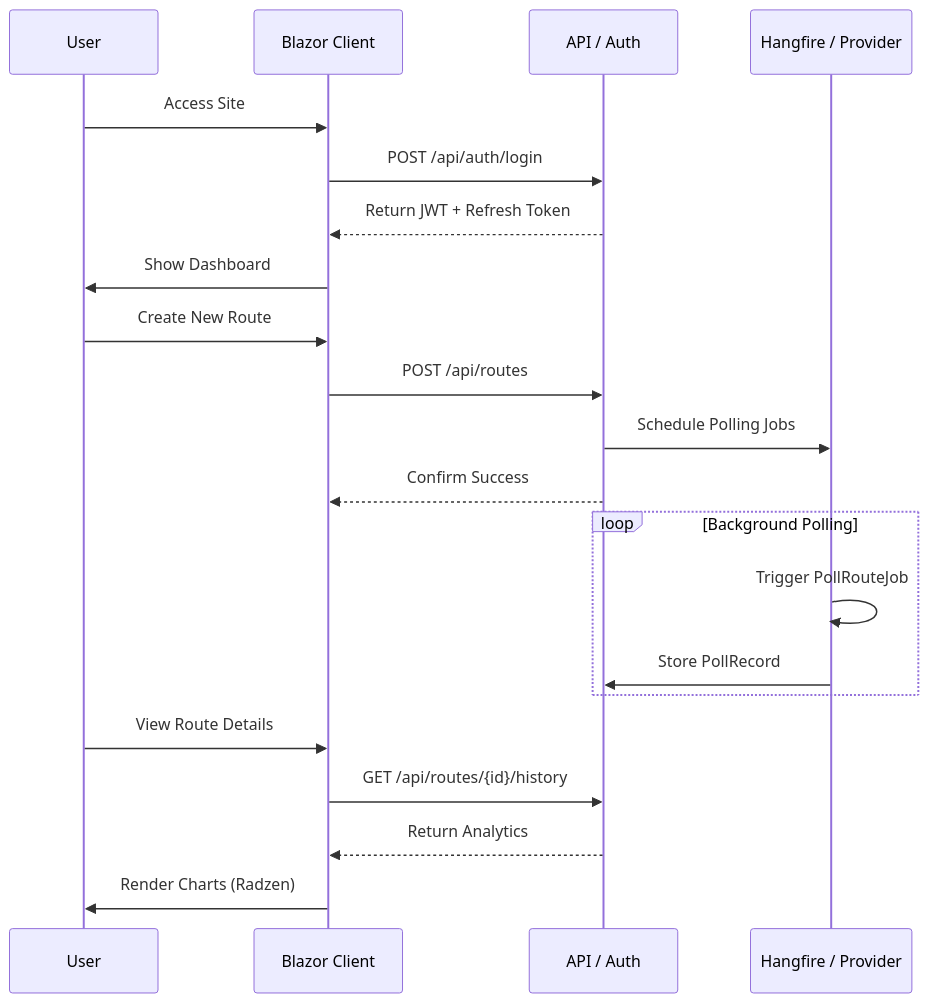
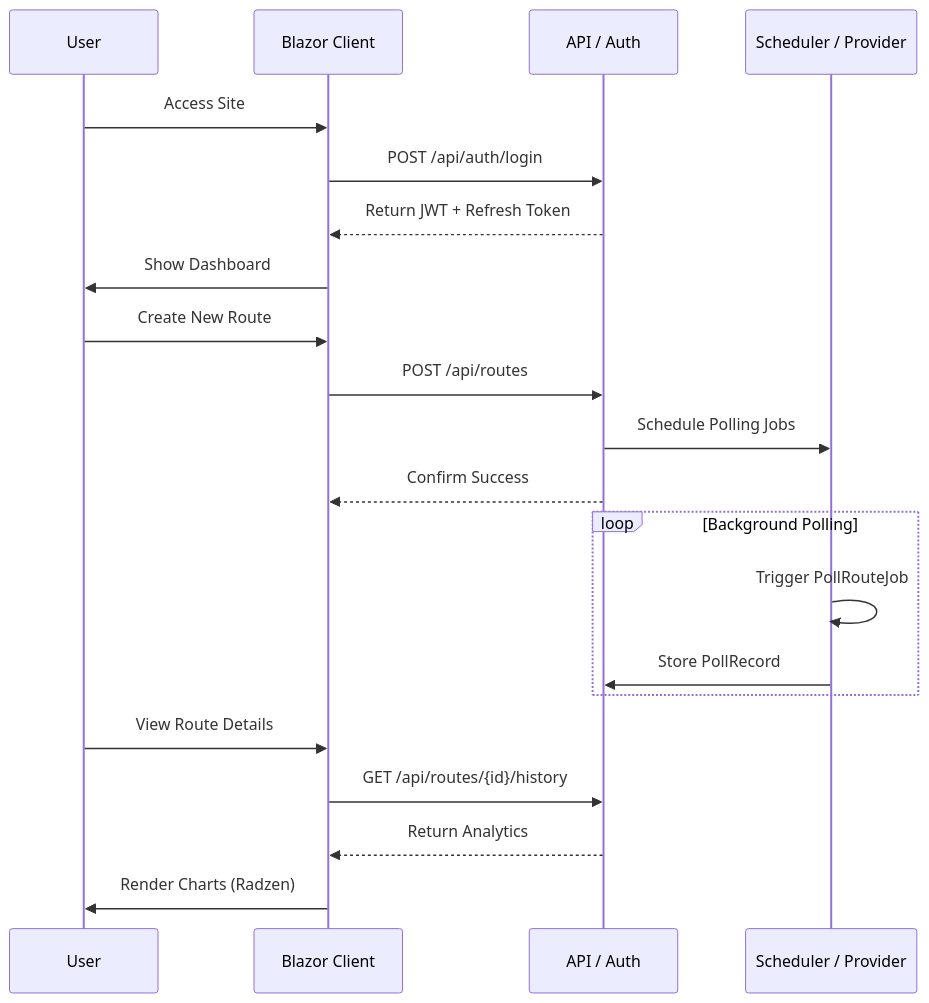
One commit to punkouter26/PoTraffic changed the diagram in docs/ApplicationFlow.mmd. Above: the diagram before and after it, drawn with Mermaid. The commit also changed 114 other files, not shown here.

```diff
--- a/docs/ApplicationFlow.mmd
+++ b/docs/ApplicationFlow.mmd
@@ -1,25 +1,25 @@
 sequenceDiagram
     participant U as User
     participant B as Blazor Client
     participant A as API / Auth
-    participant H as Hangfire / Provider
+    participant S as Scheduler / Provider
 
     U->>B: Access Site
     B->>A: POST /api/auth/login
     A-->>B: Return JWT + Refresh Token
     B->>U: Show Dashboard
     
     U->>B: Create New Route
     B->>A: POST /api/routes
-    A->>H: Schedule Polling Jobs
+    A->>S: Schedule Polling Jobs
     A-->>B: Confirm Success
     
     loop Background Polling
-        H->>H: Trigger PollRouteJob
-        H->>A: Store PollRecord
+        S->>S: Trigger PollRouteJob
+        S->>A: Store PollRecord
     end
     
     U->>B: View Route Details
     B->>A: GET /api/routes/{id}/history
     A-->>B: Return Analytics
     B->>U: Render Charts (Radzen)
```
